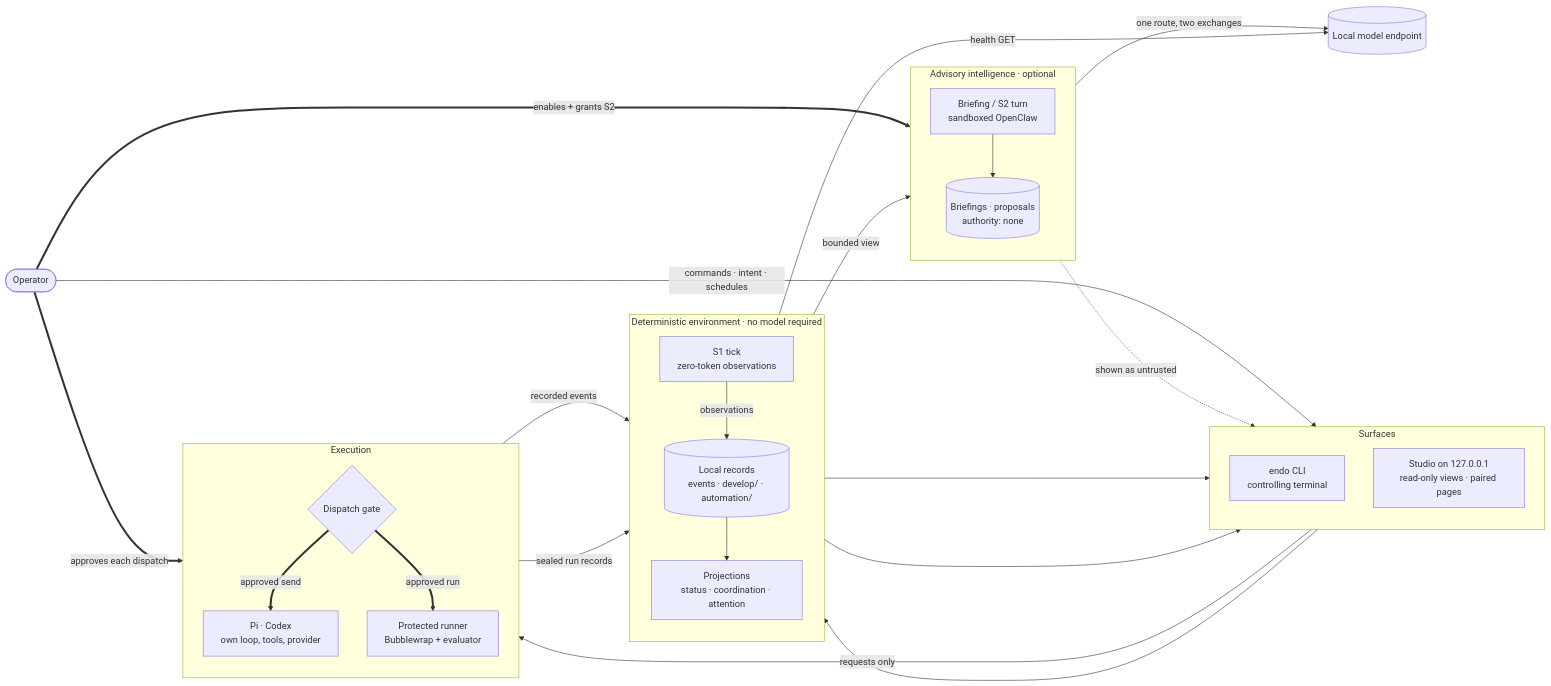
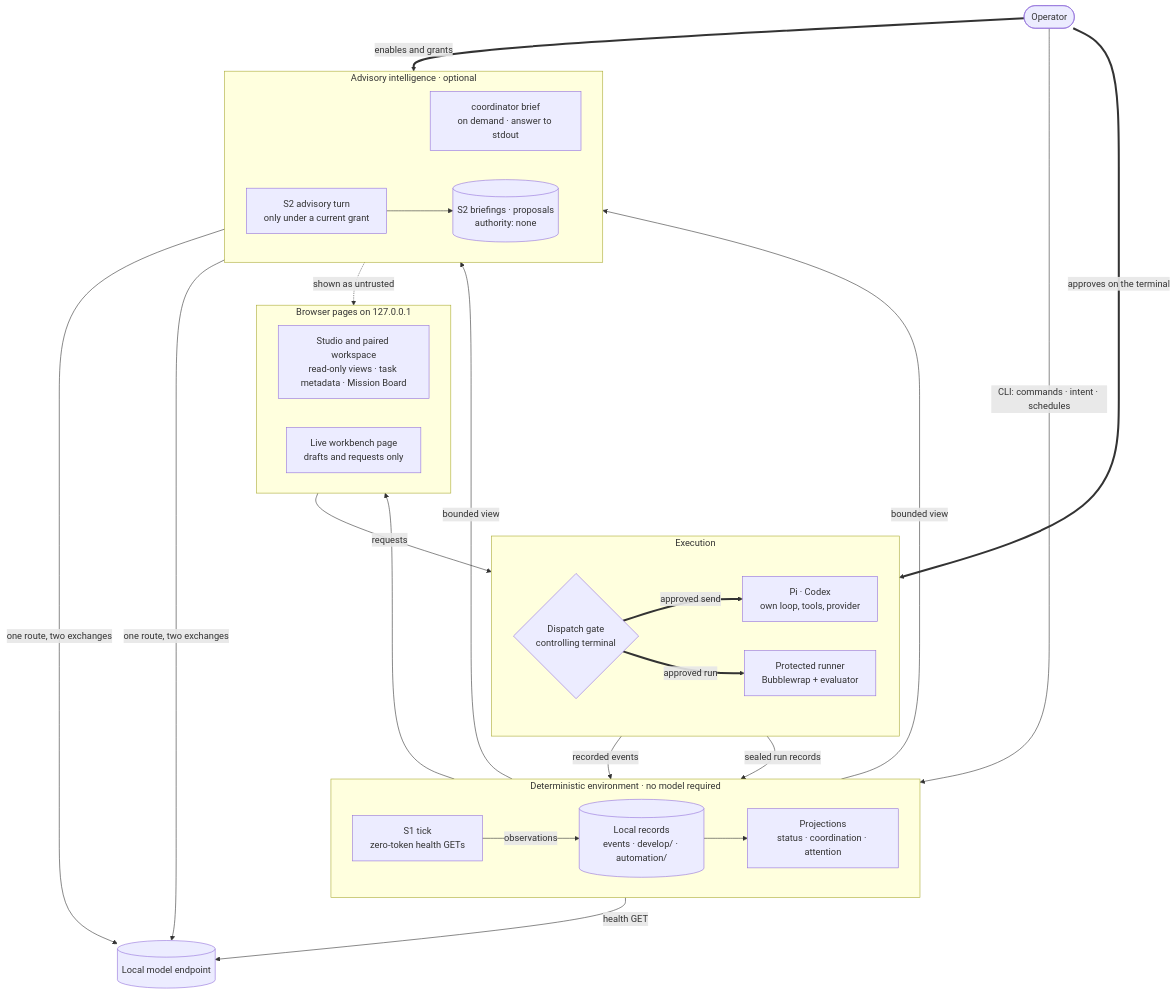
The second of 2 diagrams in README.md (noctem-o/endophasia), drawn with Mermaid before and after one commit. The commit also changed other lines of this file and 9 other files, not shown here.

````diff
--- a/README.md
+++ b/README.md
@@ -352,51 +364,52 @@
 ```mermaid
-flowchart LR
+flowchart TB
     OP(["Operator"])
 
-    subgraph SURF["Surfaces"]
-        direction TB
-        CLI["endo CLI<br/>controlling terminal"]
-        WEB["Studio on 127.0.0.1<br/>read-only views · paired pages"]
-    end
-
-    subgraph DET["Deterministic environment · no model required"]
-        direction TB
-        REC[("Local records<br/>events · develop/ · automation/")]
-        PROJ["Projections<br/>status · coordination · attention"]
-        TICK["S1 tick<br/>zero-token observations"]
-    end
-
-    subgraph ADV["Advisory intelligence · optional"]
-        direction TB
-        TURN["Briefing / S2 turn<br/>sandboxed OpenClaw"]
-        PROP[("Briefings · proposals<br/>authority: none")]
+    subgraph PAGES["Browser pages on 127.0.0.1"]
+        direction LR
+        BOARD["Studio and paired workspace<br/>read-only views · task metadata · Mission Board"]
+        WBP["Live workbench page<br/>drafts and requests only"]
     end
 
     subgraph EXE["Execution"]
-        direction TB
-        GATE{"Dispatch gate"}
+        direction LR
+        GATE{"Dispatch gate<br/>controlling terminal"}
         HAR["Pi · Codex<br/>own loop, tools, provider"]
         PROT["Protected runner<br/>Bubblewrap + evaluator"]
     end
 
+    subgraph DET["Deterministic environment · no model required"]
+        direction LR
+        TICK["S1 tick<br/>zero-token health GETs"]
+        REC[("Local records<br/>events · develop/ · automation/")]
+        PROJ["Projections<br/>status · coordination · attention"]
+    end
+
+    subgraph ADV["Advisory intelligence · optional"]
+        direction LR
+        BRIEF["coordinator brief<br/>on demand · answer to stdout"]
+        TURN["S2 advisory turn<br/>only under a current grant"]
+        PROP[("S2 briefings · proposals<br/>authority: none")]
+    end
+
     LM[("Local model endpoint")]
 
-    OP ==>|"approves each dispatch"| GATE
-    OP ==>|"enables + grants S2"| TURN
-    OP -->|"commands · intent · schedules"| CLI
-    WEB -->|"requests only"| GATE
+    OP ==>|"approves on the terminal"| GATE
     GATE ==>|"approved send"| HAR
     GATE ==>|"approved run"| PROT
-    CLI --> REC
+    OP ==>|"enables and grants"| TURN
+    OP -->|"CLI: commands · intent · schedules"| REC
+    WBP -->|"requests"| GATE
     HAR -->|"recorded events"| REC
     PROT -->|"sealed run records"| REC
     TICK -->|"observations"| REC
     TICK -->|"health GET"| LM
     REC --> PROJ
-    PROJ --> WEB
-    PROJ --> CLI
+    PROJ --> BOARD
+    PROJ -->|"bounded view"| BRIEF
     PROJ -->|"bounded view"| TURN
+    BRIEF -->|"one route, two exchanges"| LM
     TURN -->|"one route, two exchanges"| LM
     TURN --> PROP
-    PROP -.->|"shown as untrusted"| WEB
+    PROP -.->|"shown as untrusted"| BOARD
 ```
````
